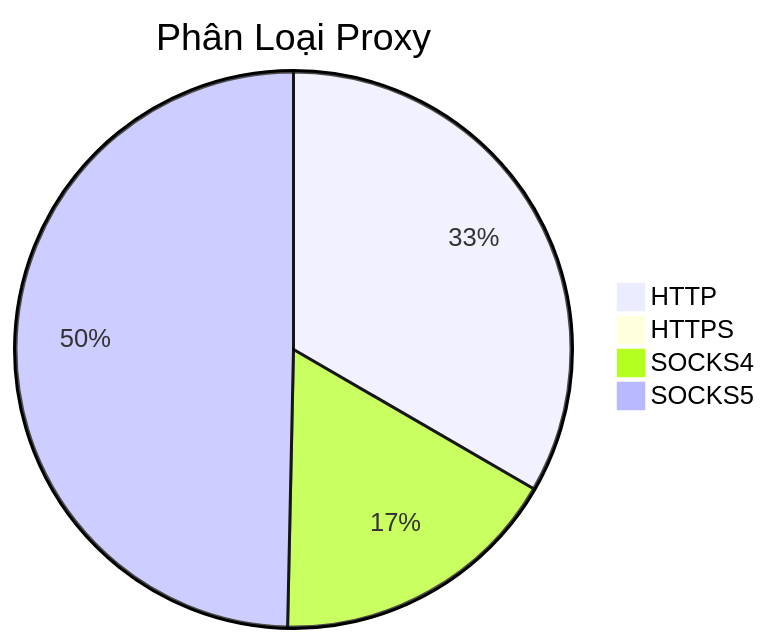
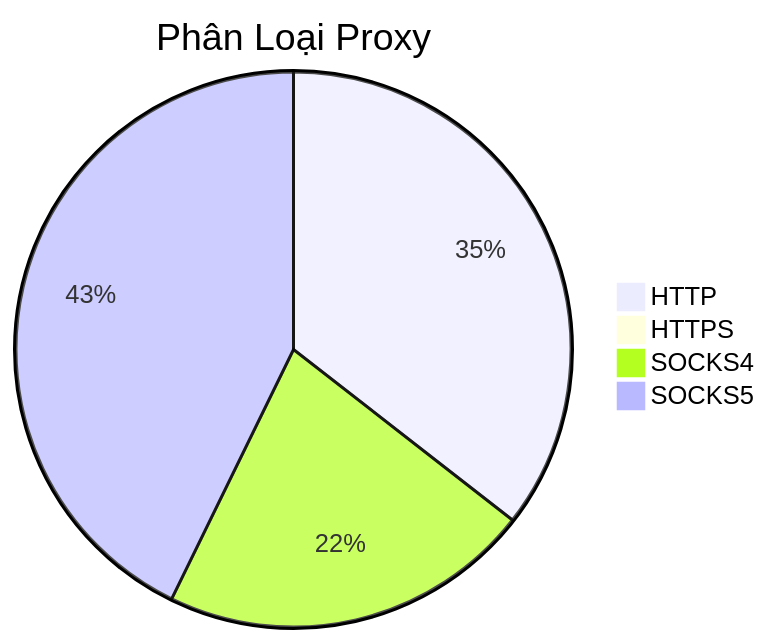
The diagram in README.md (Ciara-12/PROXY-free), drawn with Mermaid before and after one commit. The commit also changed other lines of this file and 4 other files, not shown here.

````diff
--- a/README.md
+++ b/README.md
@@ -26,7 +26,7 @@
 ```mermaid
 pie title Phân Loại Proxy
-    "HTTP" : 790
+    "HTTP" : 668
     "HTTPS" : 4
-    "SOCKS4" : 402
-    "SOCKS5" : 1176
+    "SOCKS4" : 408
+    "SOCKS5" : 804
 ```
````
